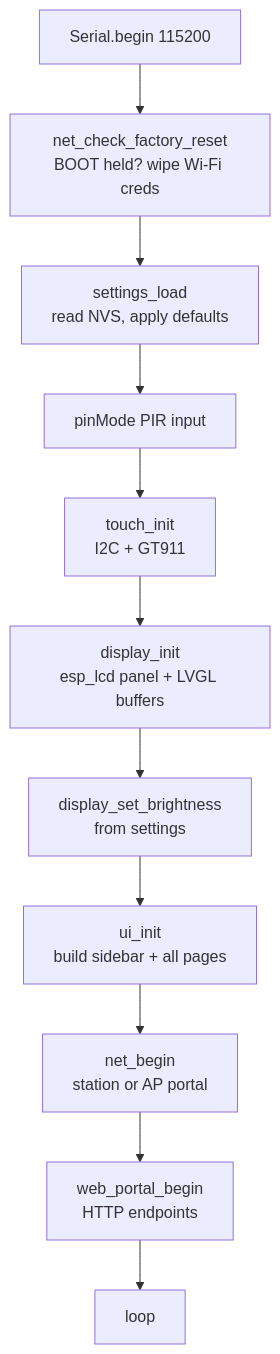
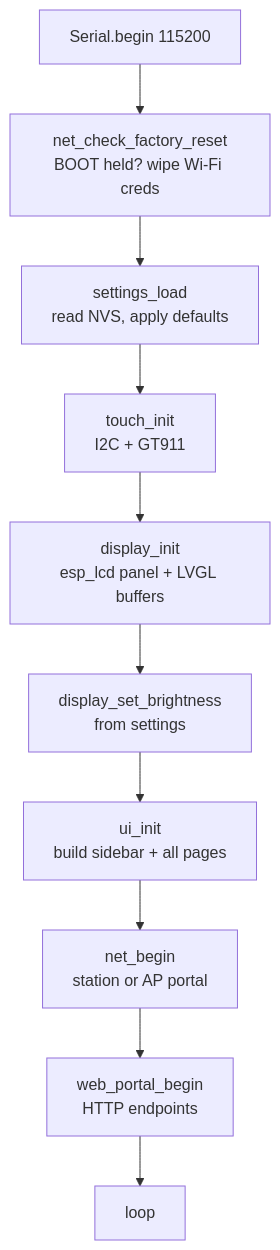
The second of 4 diagrams in architecture.md (howardginsburg/CrowPanel-Hub), drawn with Mermaid before and after one commit. The commit also changed other lines of this file and 12 other files, not shown here.

````diff
--- a/architecture.md
+++ b/architecture.md
@@ -171,13 +162,12 @@
 ```mermaid
 flowchart TD
     A[Serial.begin 115200] --> B[net_check_factory_reset<br/>BOOT held? wipe Wi-Fi creds]
     B --> C[settings_load<br/>read NVS, apply defaults]
-    C --> D[pinMode PIR input]
-    D --> E[touch_init<br/>I2C + GT911]
+    C --> E[touch_init<br/>I2C + GT911]
     E --> F[display_init<br/>esp_lcd panel + LVGL buffers]
     F --> G[display_set_brightness<br/>from settings]
     G --> H[ui_init<br/>build sidebar + all pages]
     H --> I[net_begin<br/>station or AP portal]
     I --> J[web_portal_begin<br/>HTTP endpoints]
     J --> K[loop]
 ```
````
